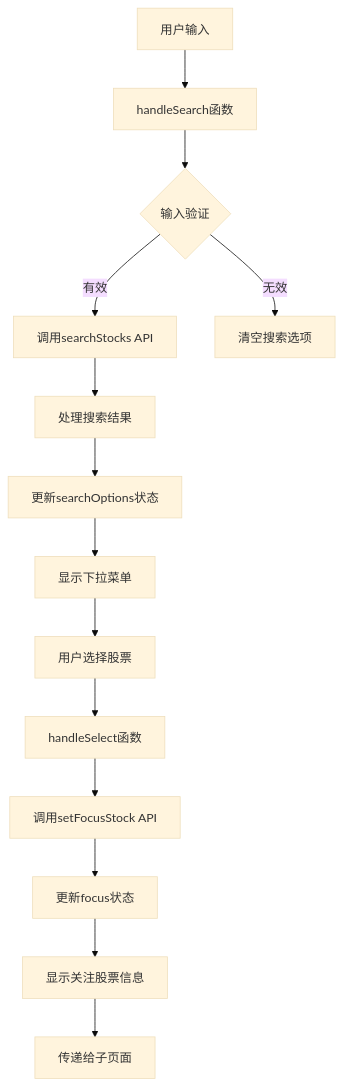
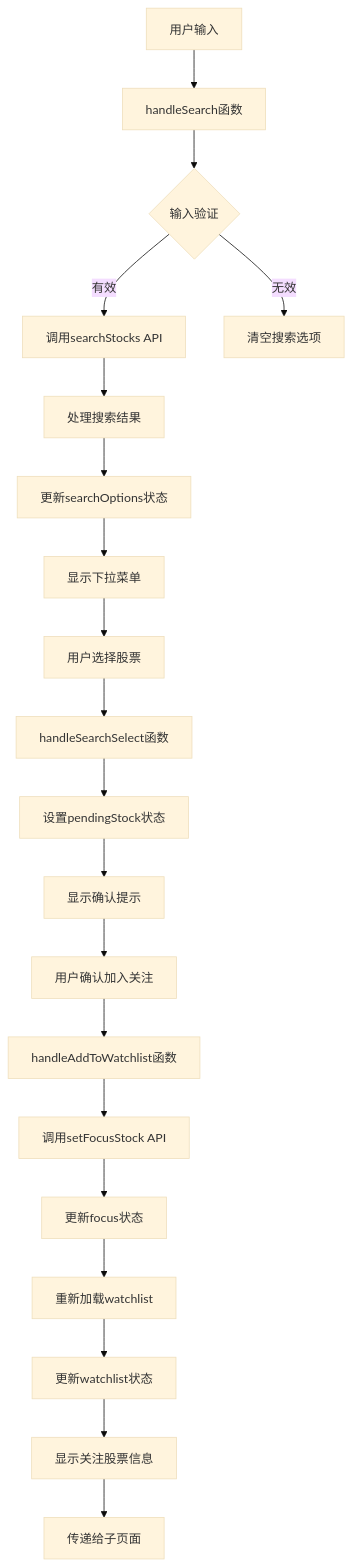
One commit to Moruime/stock_foker changed the fifth of 13 diagrams in .qoder/repowiki/zh/content/前端组件/布局组件.md. Above: the diagram before and after it, drawn with Mermaid (base theme). The commit also changed other lines of this file and 22 other files, not shown here.

````diff
--- a/.qoder/repowiki/zh/content/前端组件/布局组件.md
+++ b/.qoder/repowiki/zh/content/前端组件/布局组件.md
@@ -208,16 +244,22 @@
 ```mermaid
 flowchart TD
 A[用户输入] --> B[handleSearch函数]
 B --> C{输入验证}
 C --> |有效| D[调用searchStocks API]
 C --> |无效| E[清空搜索选项]
 D --> F[处理搜索结果]
 F --> G[更新searchOptions状态]
 G --> H[显示下拉菜单]
 H --> I[用户选择股票]
-I --> J[handleSelect函数]
-J --> K[调用setFocusStock API]
-K --> L[更新focus状态]
-L --> M[显示关注股票信息]
-M --> N[传递给子页面]
+I --> J[handleSearchSelect函数]
+J --> K[设置pendingStock状态]
+K --> L[显示确认提示]
+L --> M[用户确认加入关注]
+M --> N[handleAddToWatchlist函数]
+N --> O[调用setFocusStock API]
+O --> P[更新focus状态]
+P --> Q[重新加载watchlist]
+Q --> R[更新watchlist状态]
+R --> S[显示关注股票信息]
+S --> T[传递给子页面]
 ```
````
